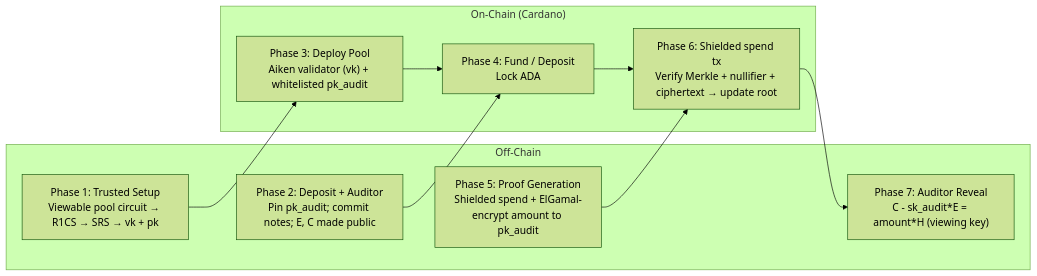
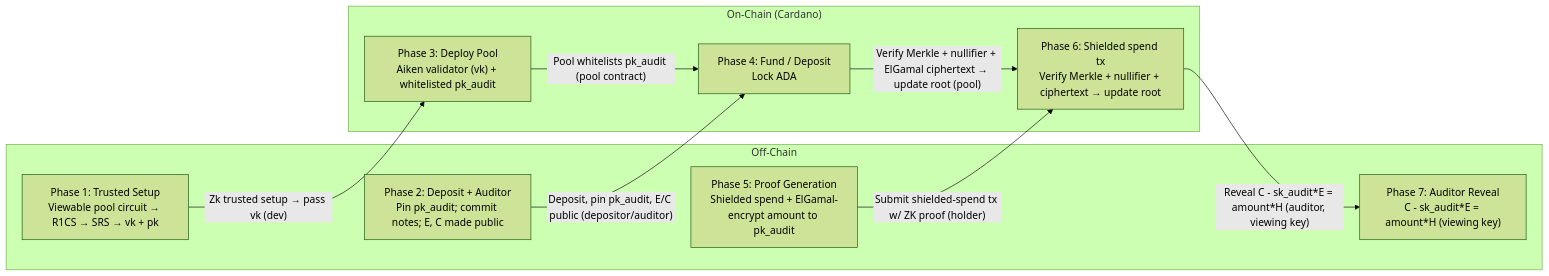
Before and after one commit to cardano-foundation/bls: the fourth of 4 diagrams in aiken/selective-disclosure/README.md, drawn with Mermaid (forest theme). The commit also changed other lines of this file, not shown here.

Commit message:
Annotate mermaid transitions with reason, actor, ZK activity, and tx submission

````diff
--- a/aiken/selective-disclosure/README.md
+++ b/aiken/selective-disclosure/README.md
@@ -685,20 +685,20 @@
 ```mermaid
 graph LR
     subgraph OffChain["Off-Chain"]
         A1["Phase 1: Trusted Setup<br/>Viewable pool circuit → R1CS → SRS → vk + pk"]
         A2["Phase 2: Deposit + Auditor<br/>Pin pk_audit; commit notes; E, C made public"]
         A5["Phase 5: Proof Generation<br/>Shielded spend + ElGamal-encrypt amount to pk_audit"]
         A7["Phase 7: Auditor Reveal<br/>C - sk_audit*E = amount*H (viewing key)"]
     end
     subgraph OnChain["On-Chain (Cardano)"]
         A3["Phase 3: Deploy Pool<br/>Aiken validator (vk) + whitelisted pk_audit"]
         A4["Phase 4: Fund / Deposit<br/>Lock ADA"]
         A6["Phase 6: Shielded spend tx<br/>Verify Merkle + nullifier + ciphertext → update root"]
     end
-    A1 --> A3
-    A2 --> A4
-    A3 --> A4
-    A5 --> A6
-    A4 --> A6
-    A6 --> A7
+    A1 -->|"Zk trusted setup → pass vk (dev)"| A3
+    A2 -->|"Deposit, pin pk_audit, E/C public (depositor/auditor)"| A4
+    A3 -->|"Pool whitelists pk_audit (pool contract)"| A4
+    A5 -->|"Submit shielded-spend tx w/ ZK proof (holder)"| A6
+    A4 -->|"Verify Merkle + nullifier + ElGamal ciphertext → update root (pool)"| A6
+    A6 -->|"Reveal C - sk_audit*E = amount*H (auditor, viewing key)"| A7
 ```
````
